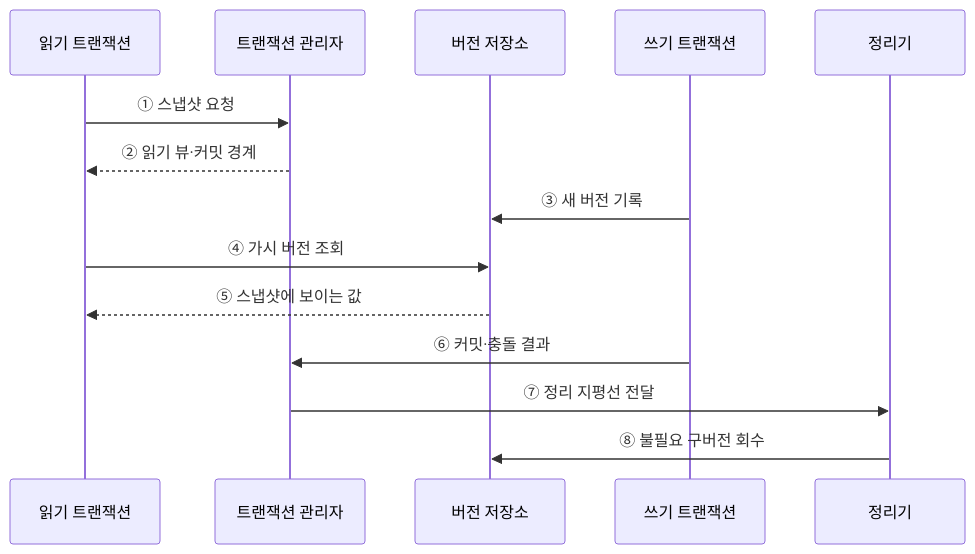
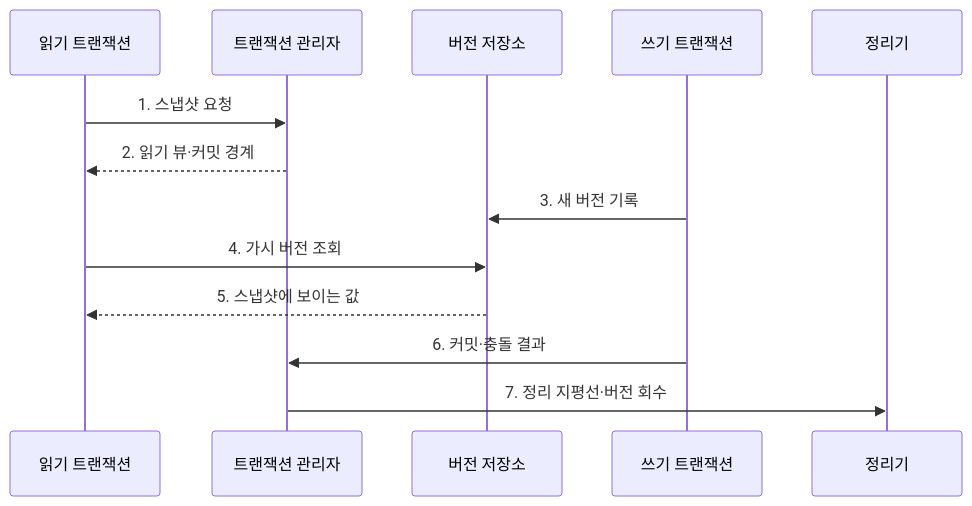
One commit to agnusdei1207/knowledge-base changed the second of 2 diagrams in src/content/docs/notes/03-software/087_mvcc.md. Above: the diagram before and after it, drawn with Mermaid. The commit also changed other lines of this file and 20 other files, not shown here.

````diff
--- a/src/content/docs/notes/03-software/087_mvcc.md
+++ b/src/content/docs/notes/03-software/087_mvcc.md
@@ -71,16 +77,15 @@
 ```mermaid
 sequenceDiagram
     participant R as 읽기 트랜잭션
     participant M as 트랜잭션 관리자
     participant V as 버전 저장소
     participant W as 쓰기 트랜잭션
     participant G as 정리기
-    R->>M: ① 스냅샷 요청
-    M-->>R: ② 읽기 뷰·커밋 경계
-    W->>V: ③ 새 버전 기록
-    R->>V: ④ 가시 버전 조회
-    V-->>R: ⑤ 스냅샷에 보이는 값
-    W->>M: ⑥ 커밋·충돌 결과
-    M->>G: ⑦ 정리 지평선 전달
-    G->>V: ⑧ 불필요 구버전 회수
+    R->>M: 1. 스냅샷 요청
+    M-->>R: 2. 읽기 뷰·커밋 경계
+    W->>V: 3. 새 버전 기록
+    R->>V: 4. 가시 버전 조회
+    V-->>R: 5. 스냅샷에 보이는 값
+    W->>M: 6. 커밋·충돌 결과
+    M->>G: 7. 정리 지평선·버전 회수
 ```
````
